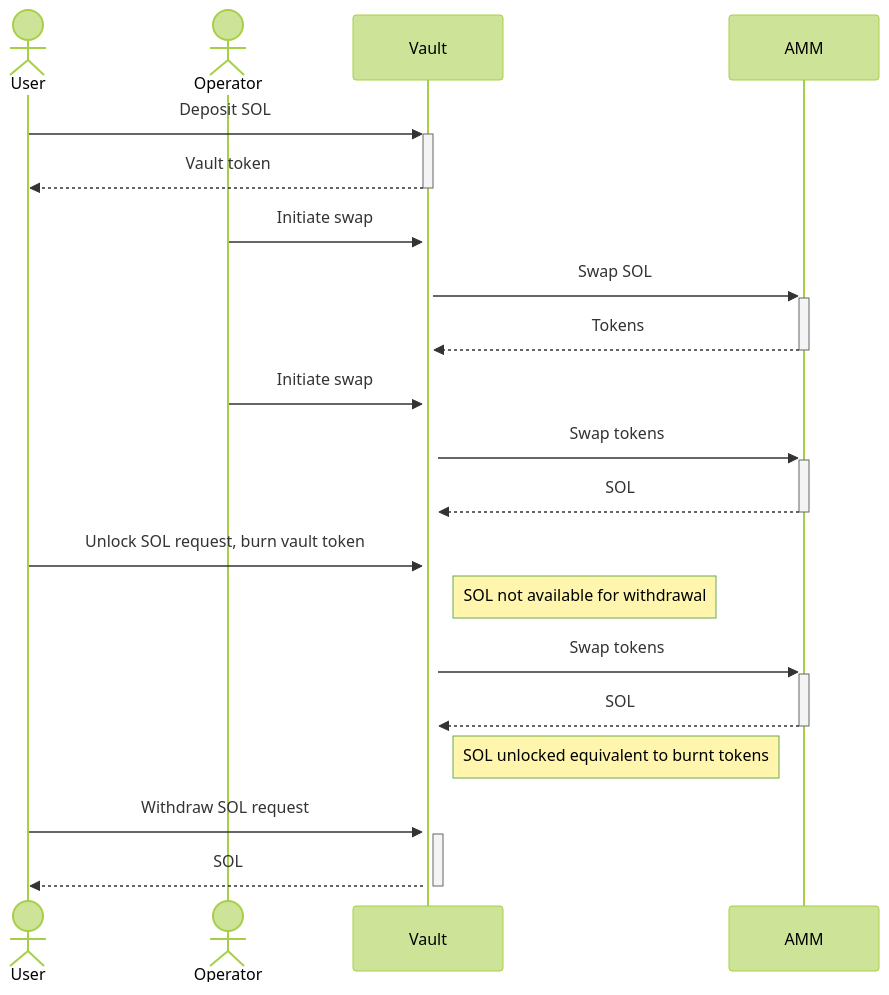
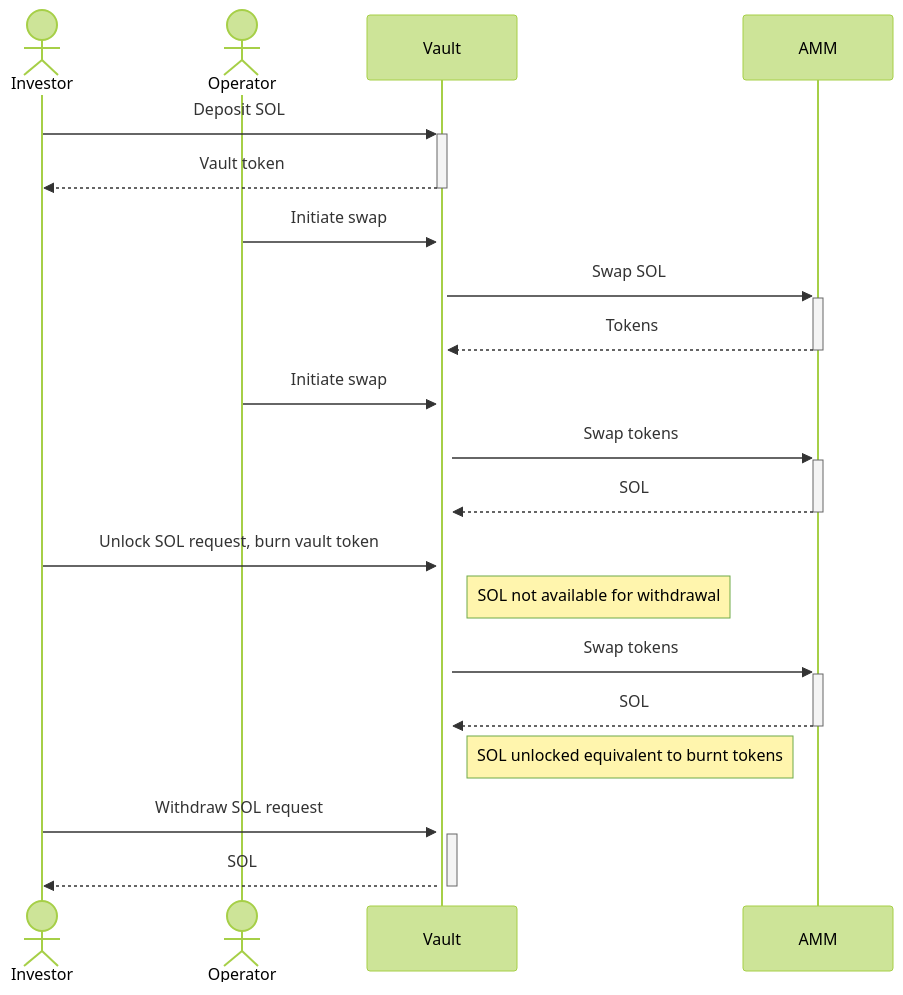
The second of 8 diagrams in docs/Architecture.md (n3m6/Q2_25_Builder_Faraz), drawn with Mermaid (forest theme) before and after one commit. The commit also changed other lines of this file, not shown here.

````diff
--- a/docs/Architecture.md
+++ b/docs/Architecture.md
@@ -3,22 +39,22 @@
 ```mermaid
 sequenceDiagram
-    actor User
+    actor Investor
     actor Operator
     participant Vault
     participant AMM
-    User->>+Vault: Deposit SOL
-    Vault-->>-User: Vault token
+    Investor->>+Vault: Deposit SOL
+    Vault-->>-Investor: Vault token
     Operator->>+Vault:Initiate swap
     Vault->>+AMM: Swap SOL
     AMM-->>-Vault: Tokens
     Operator->>+Vault:Initiate swap
     Vault->>+AMM: Swap tokens
     AMM-->>-Vault: SOL
-    User->>Vault: Unlock SOL request, burn vault token
+    Investor->>Vault: Unlock SOL request, burn vault token
     Note right of Vault: SOL not available for withdrawal
     Vault->>+AMM: Swap tokens
     AMM-->>-Vault: SOL
     Note right of Vault: SOL unlocked equivalent to burnt tokens
-    User->>+Vault: Withdraw SOL request
-    Vault-->>-User: SOL
+    Investor->>+Vault: Withdraw SOL request
+    Vault-->>-Investor: SOL
 ```
````
